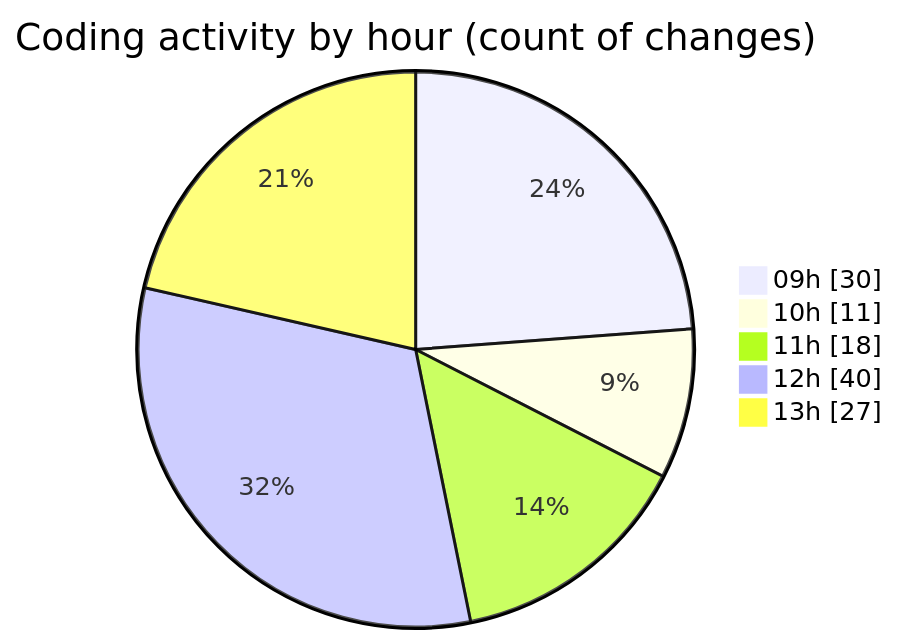
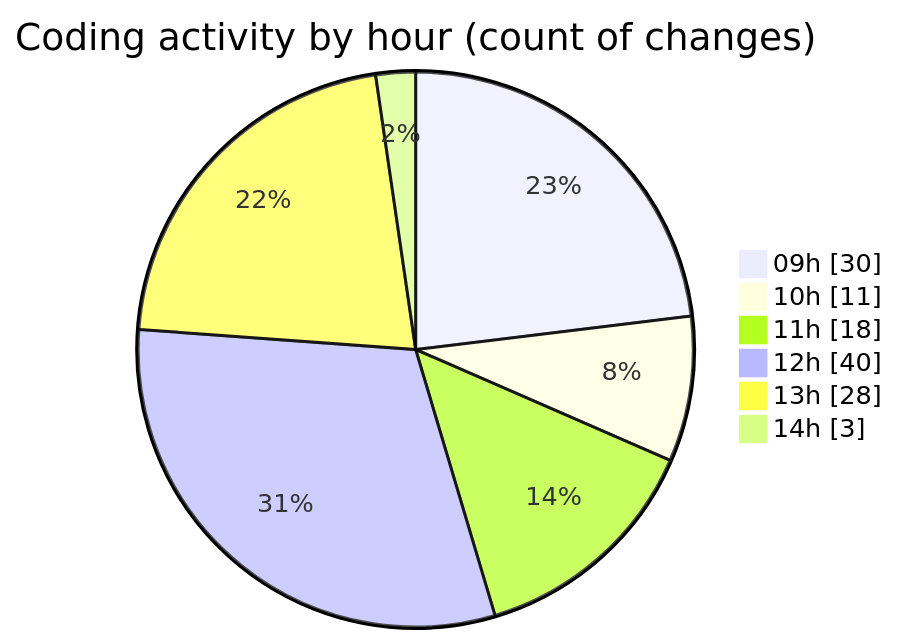
One commit to momahboobian/code-tracking changed the second of 2 diagrams in 2025-03-05/cda/README.md. Above: the diagram before and after it, drawn with Mermaid. The commit also changed other lines of this file and 1 other file, not shown here.

````diff
--- a/2025-03-05/cda/README.md
+++ b/2025-03-05/cda/README.md
@@ -59,9 +59,10 @@
 ```mermaid
 pie showData
 title Coding activity by hour (count of changes)
 "09h" : 30
 "10h" : 11
 "11h" : 18
 "12h" : 40
-"13h" : 27
+"13h" : 28
+"14h" : 3
 ```
````
